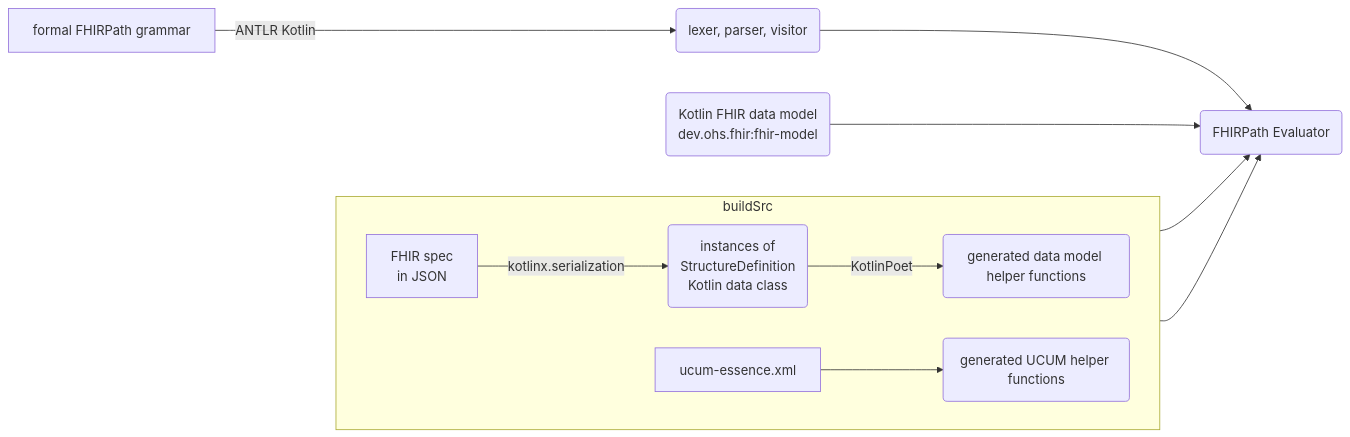
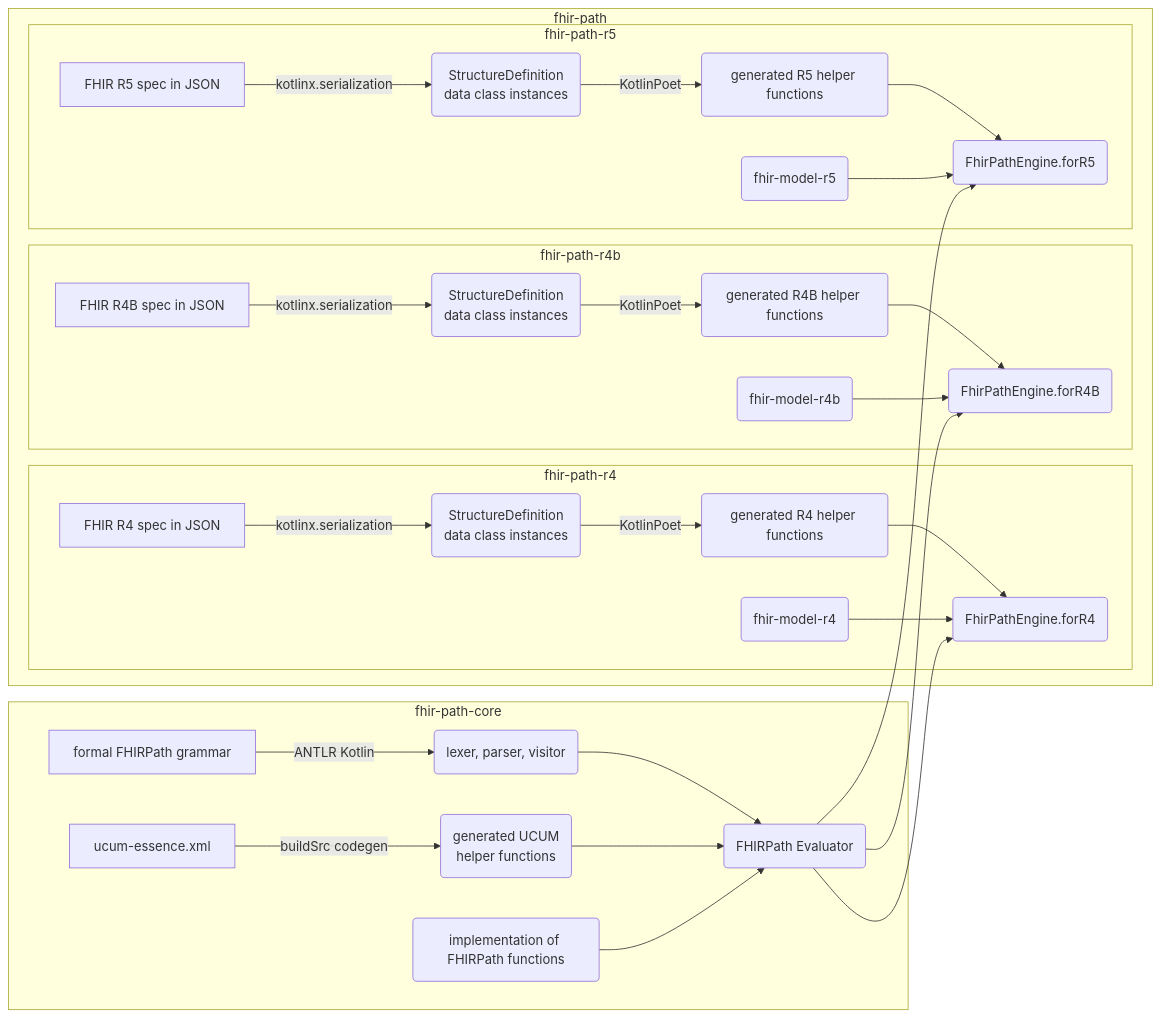
The diagram in README.md (jingtang10/kotlin-fhirpath), drawn with Mermaid before and after one commit. The commit also changed other lines of this file and 71 other files, not shown here.

````diff
--- a/README.md
+++ b/README.md
@@ -79,16 +96,36 @@
 ```mermaid
 graph LR
-    A[formal FHIRPath grammar] -- ANTLR Kotlin --> B(lexer, parser, visitor)
-    C(Kotlin FHIR data model<br>dev.ohs.fhir:fhir-model)
-    subgraph buildSrc
-        direction LRTB
-        D[FHIR spec<br>in JSON] -- kotlinx.serialization --> E(instances of<br>StructureDefinition<br>Kotlin data class<br>)
-        E -- KotlinPoet --> F(generated data model helper functions)
-        G[ucum-essence.xml] --> H(generated UCUM helper functions)
+    subgraph fhir-path-core
+        GRAMMAR[formal FHIRPath grammar] -- ANTLR Kotlin --> VISITOR(lexer, parser, visitor)
+        UE[ucum-essence.xml] -- buildSrc codegen --> UH(generated UCUM<br>helper functions)
+        VISITOR --> EV(FHIRPath Evaluator)
+        UH --> EV
+        IMPL(implementation of FHIRPath functions) --> EV
+    end
 
+    subgraph fhir-path
+      subgraph fhir-path-r4
+          SPEC4[FHIR R4 spec in JSON] -- kotlinx.serialization --> SD4(StructureDefinition<br>data class instances)
+          SD4 -- KotlinPoet --> H4(generated R4 helper functions)
+          H4 --> FPE4(FhirPathEngine.forR4)
+          FM4(fhir-model-r4) --> FPE4
+          EV --> FPE4
+      end
+  
+      subgraph fhir-path-r4b
+          SPEC4B[FHIR R4B spec in JSON] -- kotlinx.serialization --> SD4B(StructureDefinition<br>data class instances)
+          SD4B -- KotlinPoet --> H4B(generated R4B helper functions)
+          H4B --> FPE4B(FhirPathEngine.forR4B)
+          FM4B(fhir-model-r4b) --> FPE4B
+          EV --> FPE4B
+      end
+  
+      subgraph fhir-path-r5
+          SPEC5[FHIR R5 spec in JSON] -- kotlinx.serialization --> SD5(StructureDefinition<br>data class instances)
+          SD5 -- KotlinPoet --> H5(generated R5 helper functions)
+          H5 --> FPE5(FhirPathEngine.forR5)
+          FM5(fhir-model-r5) --> FPE5
+          EV --> FPE5
+      end
     end
-    B --> I(FHIRPath Evaluator)
-    C --> I
-    F --> I
-    H --> I
 ```
````
